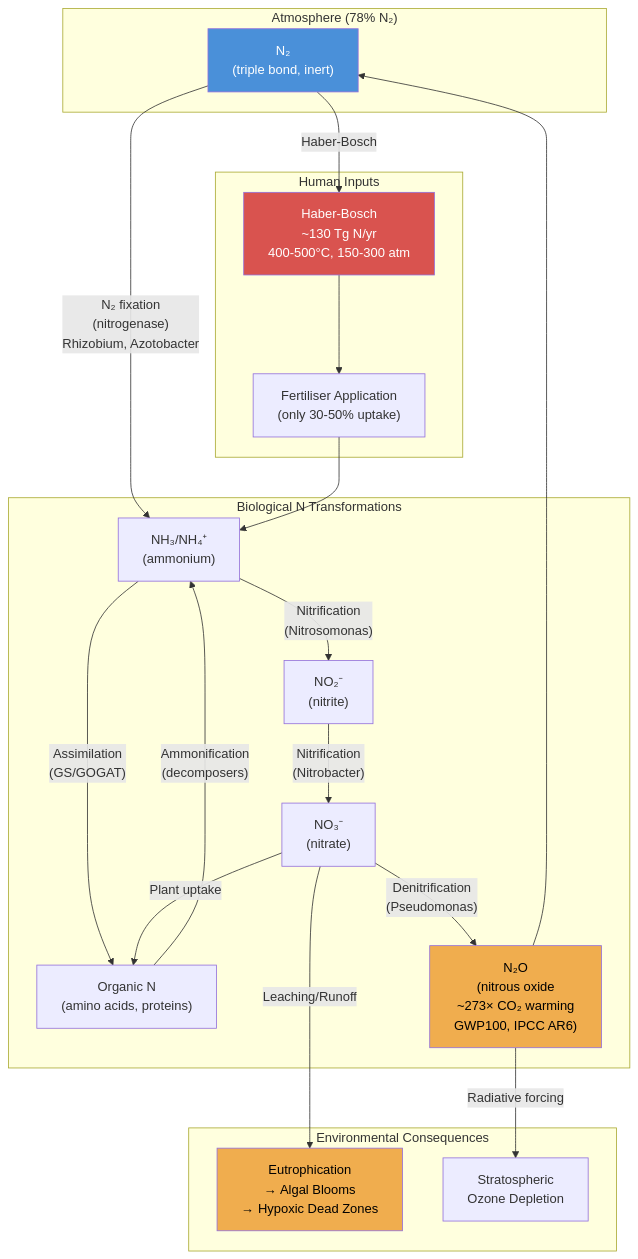
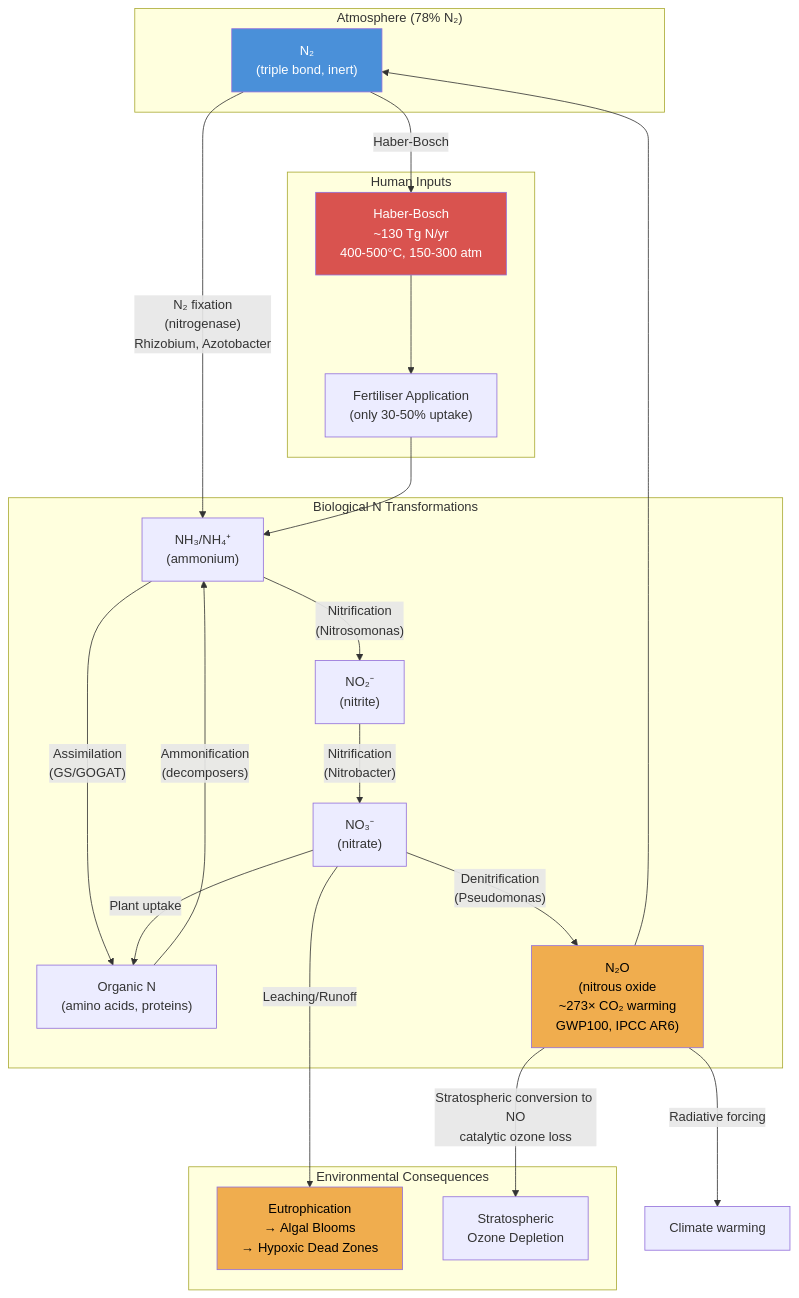
Before and after one commit to docxology/biology_textbook: the third of 4 diagrams in docs/manuscript/unit_X/ecosystem_ecology.md, drawn with Mermaid. The commit also changed other lines of this file and 444 other files, not shown here.

````diff
--- a/docs/manuscript/unit_X/ecosystem_ecology.md
+++ b/docs/manuscript/unit_X/ecosystem_ecology.md
@@ -410,43 +416,44 @@
 ```mermaid
 flowchart TD
     subgraph Atmosphere ["Atmosphere (78% N₂)"]
         N2["N₂\n(triple bond, inert)"]
     end
 
     subgraph Biological ["Biological N Transformations"]
         NH3["NH₃/NH₄⁺\n(ammonium)"]
         NO2["NO₂⁻\n(nitrite)"]
         NO3["NO₃⁻\n(nitrate)"]
         ORG["Organic N\n(amino acids, proteins)"]
         N2O["N₂O\n(nitrous oxide\n~273× CO₂ warming\nGWP100, IPCC AR6)"]
     end
 
     subgraph Anthropogenic ["Human Inputs"]
         HB["Haber-Bosch\n~130 Tg N/yr\n400-500°C, 150-300 atm"]
         FERT["Fertiliser Application\n(only 30-50% uptake)"]
     end
 
     subgraph Consequences ["Environmental Consequences"]
         EUTR["Eutrophication\n→ Algal Blooms\n→ Hypoxic Dead Zones"]
         OZONE["Stratospheric\nOzone Depletion"]
     end
 
     N2 -->|"N₂ fixation\n(nitrogenase)\nRhizobium, Azotobacter"| NH3
     N2 -->|"Haber-Bosch"| HB
     HB --> FERT
     FERT --> NH3
     NH3 -->|"Assimilation\n(GS/GOGAT)"| ORG
     ORG -->|"Ammonification\n(decomposers)"| NH3
     NH3 -->|"Nitrification\n(Nitrosomonas)"| NO2
     NO2 -->|"Nitrification\n(Nitrobacter)"| NO3
     NO3 -->|"Plant uptake"| ORG
     NO3 -->|"Denitrification\n(Pseudomonas)"| N2O
     N2O --> N2
     NO3 -->|"Leaching/Runoff"| EUTR
-    N2O -->|"Radiative forcing"| OZONE
+    N2O -->|"Stratospheric conversion to NO<br/>catalytic ozone loss"| OZONE
+    N2O -->|"Radiative forcing"| WARM["Climate warming"]
 
     style N2 fill:#4a90d9,color:#fff
     style HB fill:#d9534f,color:#fff
     style EUTR fill:#f0ad4e,color:#000
     style N2O fill:#f0ad4e,color:#000
 ```
````
